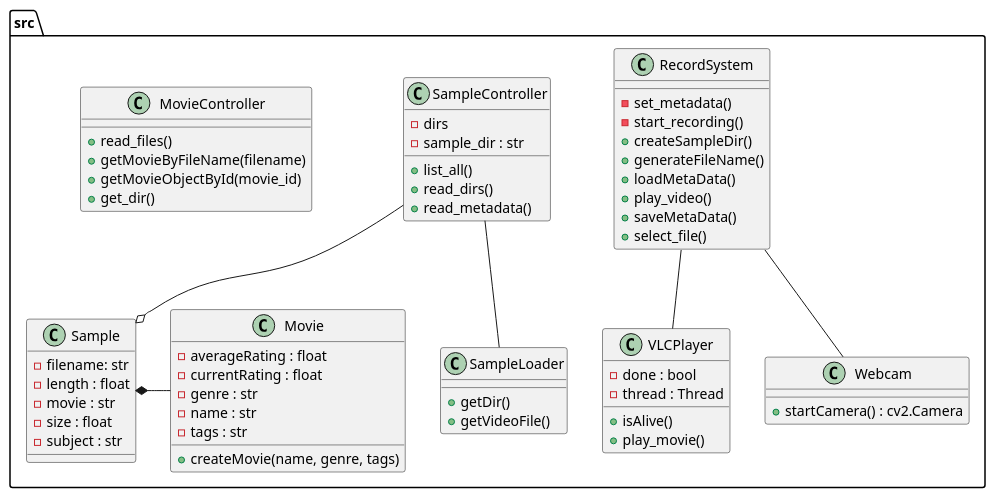
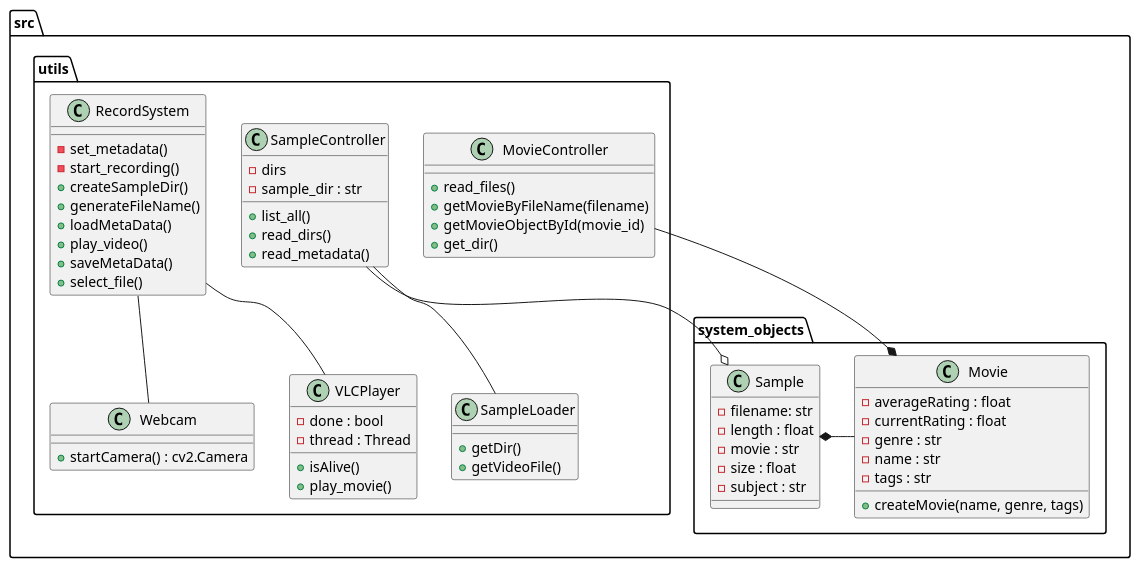
One commit to z80lives/affective-movie-evaluator changed the ninth of 10 diagrams in designDocs/report/report.org. Above: the diagram before and after it, drawn with PlantUML. The commit also changed other lines of this file and 39 other files, not shown here.

```diff
--- a/designDocs/report/report.org
+++ b/designDocs/report/report.org
@@ -949,71 +961,76 @@
 #+BEGIN_SRC plantuml :file img/class1.png
 
-package src{
+package src.system_objects{
 class Movie{
  - averageRating : float
  - currentRating : float
  - genre : str
  - name : str
  - tags : str
  + createMovie(name, genre, tags)
 }
 
 Sample *- Movie
 class Sample{
  - filename: str
  - length : float
  - movie : str
  - size : float
  - subject : str
 }
 
+}
+
+
+package src.utils{
 
 RecordSystem -- VLCPlayer
 RecordSystem -- Webcam
 class RecordSystem{
   - set_metadata()
   - start_recording()
   + createSampleDir()
   + generateFileName()
   + loadMetaData()
   + play_video()
   + saveMetaData()
   + select_file()
 }
 
 class SampleLoader{
  + getDir()
  + getVideoFile()
 }
 
 SampleController --o Sample
 SampleController -- SampleLoader
 class SampleController{
  - dirs
  - sample_dir : str
  + list_all()
  + read_dirs()
  + read_metadata()
 }
 
+Movie *- MovieController
 class MovieController{
   + read_files()
   + getMovieByFileName(filename)
   + getMovieObjectById(movie_id)
   + get_dir()
 }
 
 class VLCPlayer{
  - done : bool
  - thread : Thread
  + isAlive()
  + play_movie()
 }
 
 class Webcam{
  + startCamera() : cv2.Camera
 }
 
 }
 
 #+END_SRC
```
